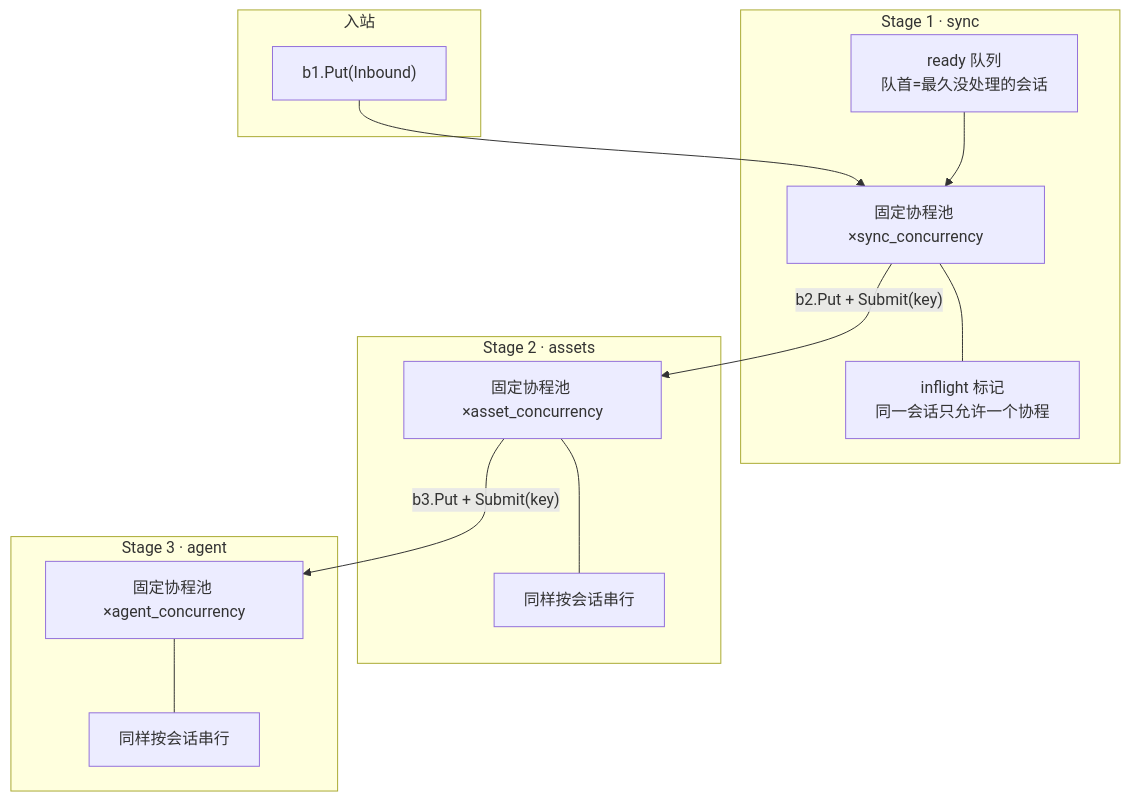
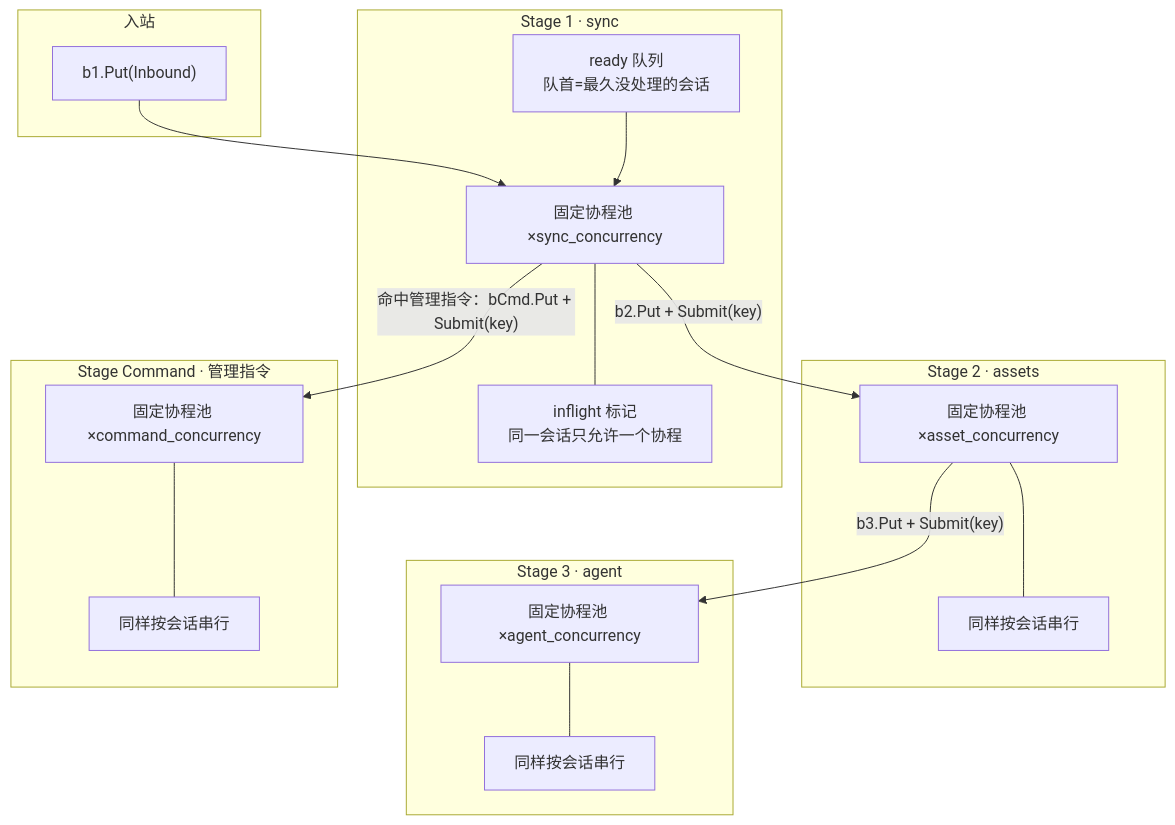
Before and after one commit to CanWeakerWriteStrongCode/good-review-master: the first of 2 diagrams in docs/domains/pipeline.md, drawn with Mermaid. The commit also changed other lines of this file and 20 other files, not shown here.

````diff
--- a/docs/domains/pipeline.md
+++ b/docs/domains/pipeline.md
@@ -38,26 +46,32 @@
 ```mermaid
 flowchart TB
   subgraph 入站
     IN["b1.Put(Inbound)"]
   end
   subgraph "Stage 1 · sync"
     P1["固定协程池 ×sync_concurrency"]
     R1["ready 队列<br/>队首=最久没处理的会话"]
     K1["inflight 标记<br/>同一会话只允许一个协程"]
   end
   subgraph "Stage 2 · assets"
     P2["固定协程池 ×asset_concurrency"]
     K2["同样按会话串行"]
   end
   subgraph "Stage 3 · agent"
     P3["固定协程池 ×agent_concurrency"]
     K3["同样按会话串行"]
   end
+  subgraph "Stage Command · 管理指令"
+    PC["固定协程池 ×command_concurrency"]
+    KC["同样按会话串行"]
+  end
   IN --> P1
   R1 --> P1
   P1 --- K1
+  P1 -->|"命中管理指令：bCmd.Put + Submit(key)"| PC
+  PC --- KC
   P1 -->|"b2.Put + Submit(key)"| P2
   P2 --- K2
   P2 -->|"b3.Put + Submit(key)"| P3
   P3 --- K3
 ```
````
